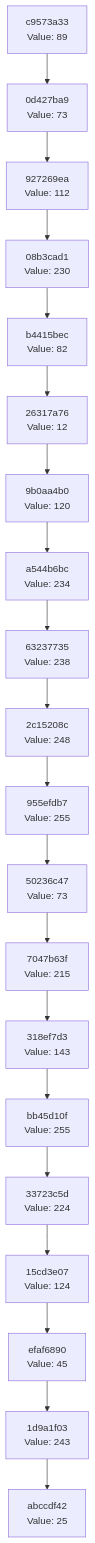
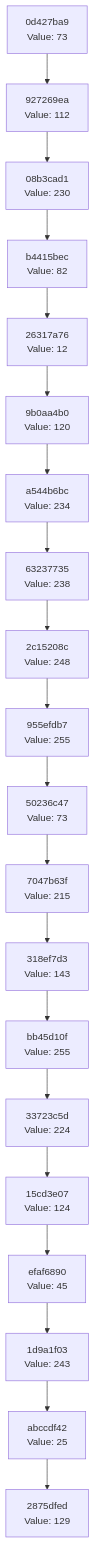
Before and after one commit to Abhisheksinha1506/hash-chain-evolver: the diagram in docs/CHAIN_VISUALIZATION.md, drawn with Mermaid. The commit also changed 1 other file, not shown here.

Commit message:
Evolution step: hash 0x81 → action executed

````diff
--- a/docs/CHAIN_VISUALIZATION.md
+++ b/docs/CHAIN_VISUALIZATION.md
@@ -3,42 +3,42 @@
 ```mermaid
 graph TD
-    C0["abccdf42<br/>Value: 25"]
-    C1["1d9a1f03<br/>Value: 243"]
+    C0["2875dfed<br/>Value: 129"]
+    C1["abccdf42<br/>Value: 25"]
     C1 --> C0
-    C2["efaf6890<br/>Value: 45"]
+    C2["1d9a1f03<br/>Value: 243"]
     C2 --> C1
-    C3["15cd3e07<br/>Value: 124"]
+    C3["efaf6890<br/>Value: 45"]
     C3 --> C2
-    C4["33723c5d<br/>Value: 224"]
+    C4["15cd3e07<br/>Value: 124"]
     C4 --> C3
-    C5["bb45d10f<br/>Value: 255"]
+    C5["33723c5d<br/>Value: 224"]
     C5 --> C4
-    C6["318ef7d3<br/>Value: 143"]
+    C6["bb45d10f<br/>Value: 255"]
     C6 --> C5
-    C7["7047b63f<br/>Value: 215"]
+    C7["318ef7d3<br/>Value: 143"]
     C7 --> C6
-    C8["50236c47<br/>Value: 73"]
+    C8["7047b63f<br/>Value: 215"]
     C8 --> C7
-    C9["955efdb7<br/>Value: 255"]
+    C9["50236c47<br/>Value: 73"]
     C9 --> C8
-    C10["2c15208c<br/>Value: 248"]
+    C10["955efdb7<br/>Value: 255"]
     C10 --> C9
-    C11["63237735<br/>Value: 238"]
+    C11["2c15208c<br/>Value: 248"]
     C11 --> C10
-    C12["a544b6bc<br/>Value: 234"]
+    C12["63237735<br/>Value: 238"]
     C12 --> C11
-    C13["9b0aa4b0<br/>Value: 120"]
+    C13["a544b6bc<br/>Value: 234"]
     C13 --> C12
-    C14["26317a76<br/>Value: 12"]
+    C14["9b0aa4b0<br/>Value: 120"]
     C14 --> C13
-    C15["b4415bec<br/>Value: 82"]
+    C15["26317a76<br/>Value: 12"]
     C15 --> C14
-    C16["08b3cad1<br/>Value: 230"]
+    C16["b4415bec<br/>Value: 82"]
     C16 --> C15
-    C17["927269ea<br/>Value: 112"]
+    C17["08b3cad1<br/>Value: 230"]
     C17 --> C16
-    C18["0d427ba9<br/>Value: 73"]
+    C18["927269ea<br/>Value: 112"]
     C18 --> C17
-    C19["c9573a33<br/>Value: 89"]
+    C19["0d427ba9<br/>Value: 73"]
     C19 --> C18
 ```
````
